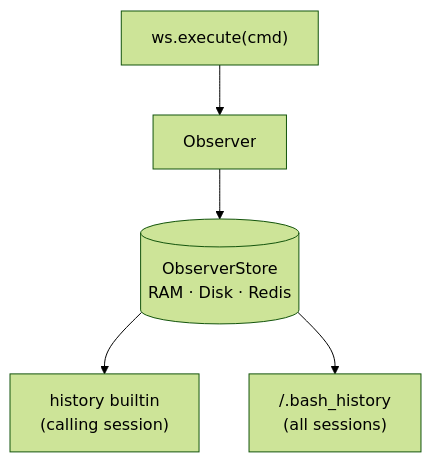
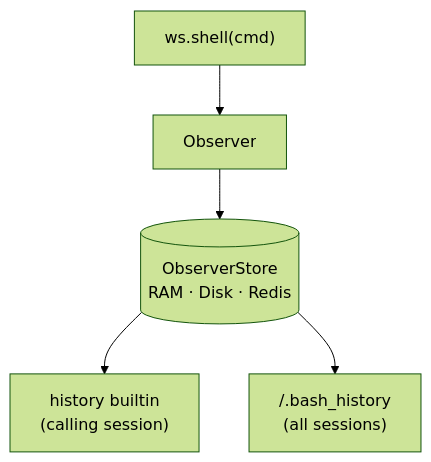
One commit to Mkhoa161/mirage changed the diagram in docs/home/observer.mdx. Above: the diagram before and after it, drawn with Mermaid (forest theme). The commit also changed 883 other files, not shown here.

````diff
--- a/docs/home/observer.mdx
+++ b/docs/home/observer.mdx
@@ -15,7 +15,7 @@
 ```mermaid
 flowchart TD
-    Exec["ws.execute(cmd)"] --> Obs[Observer]
+    Exec["ws.shell(cmd)"] --> Obs[Observer]
     Obs --> Store[("ObserverStore<br/>RAM · Disk · Redis")]
     Store --> Hist["history builtin<br/>(calling session)"]
     Store --> File["/.bash_history<br/>(all sessions)"]
 ```
````
